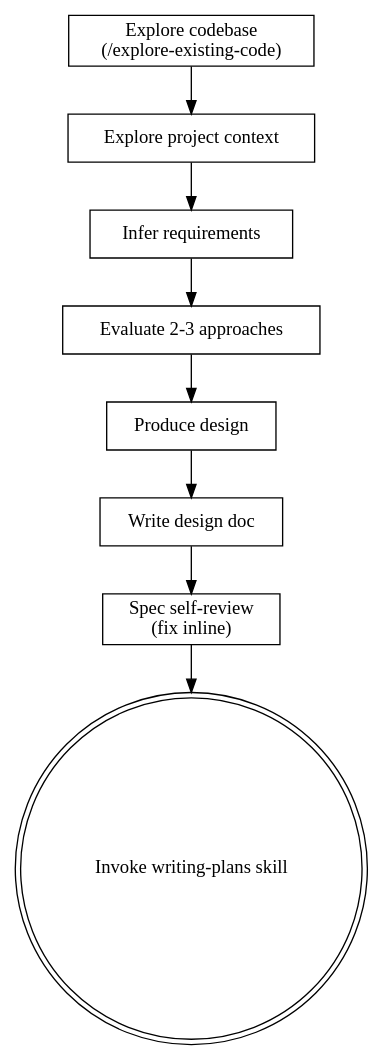
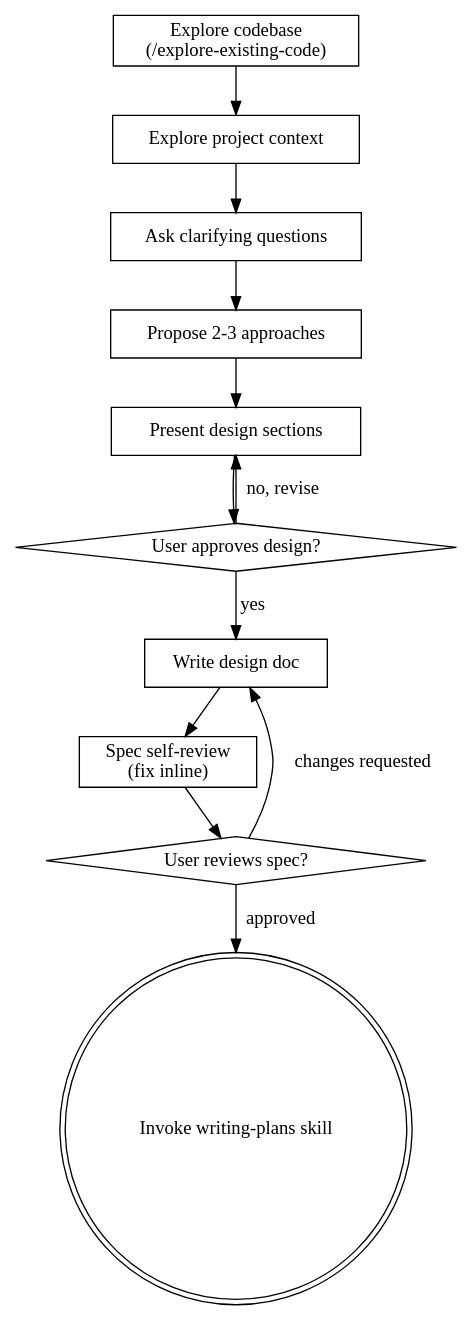
The diagram in skills/brainstorming/SKILL.md (dvlkv/igor), drawn with Graphviz before and after one commit. The commit also changed other lines of this file and 5 other files, not shown here.

````diff
--- a/skills/brainstorming/SKILL.md
+++ b/skills/brainstorming/SKILL.md
@@ -32,20 +38,26 @@
 ```dot
 digraph brainstorming {
     "Explore codebase\n(/explore-existing-code)" [shape=box];
     "Explore project context" [shape=box];
-    "Infer requirements" [shape=box];
-    "Evaluate 2-3 approaches" [shape=box];
-    "Produce design" [shape=box];
+    "Ask clarifying questions" [shape=box];
+    "Propose 2-3 approaches" [shape=box];
+    "Present design sections" [shape=box];
+    "User approves design?" [shape=diamond];
     "Write design doc" [shape=box];
     "Spec self-review\n(fix inline)" [shape=box];
+    "User reviews spec?" [shape=diamond];
     "Invoke writing-plans skill" [shape=doublecircle];
 
     "Explore codebase\n(/explore-existing-code)" -> "Explore project context";
-    "Explore project context" -> "Infer requirements";
-    "Infer requirements" -> "Evaluate 2-3 approaches";
-    "Evaluate 2-3 approaches" -> "Produce design";
-    "Produce design" -> "Write design doc";
+    "Explore project context" -> "Ask clarifying questions";
+    "Ask clarifying questions" -> "Propose 2-3 approaches";
+    "Propose 2-3 approaches" -> "Present design sections";
+    "Present design sections" -> "User approves design?";
+    "User approves design?" -> "Present design sections" [label="no, revise"];
+    "User approves design?" -> "Write design doc" [label="yes"];
     "Write design doc" -> "Spec self-review\n(fix inline)";
-    "Spec self-review\n(fix inline)" -> "Invoke writing-plans skill";
+    "Spec self-review\n(fix inline)" -> "User reviews spec?";
+    "User reviews spec?" -> "Write design doc" [label="changes requested"];
+    "User reviews spec?" -> "Invoke writing-plans skill" [label="approved"];
 }
 ```
````
